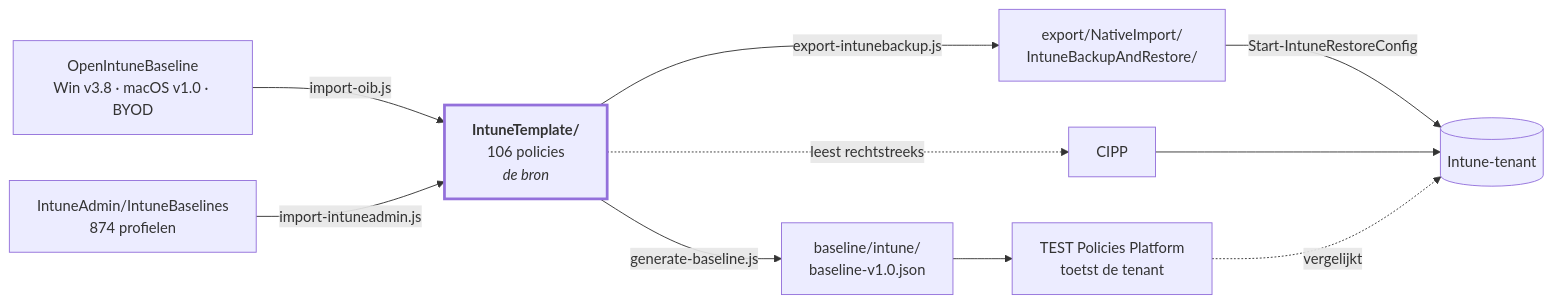
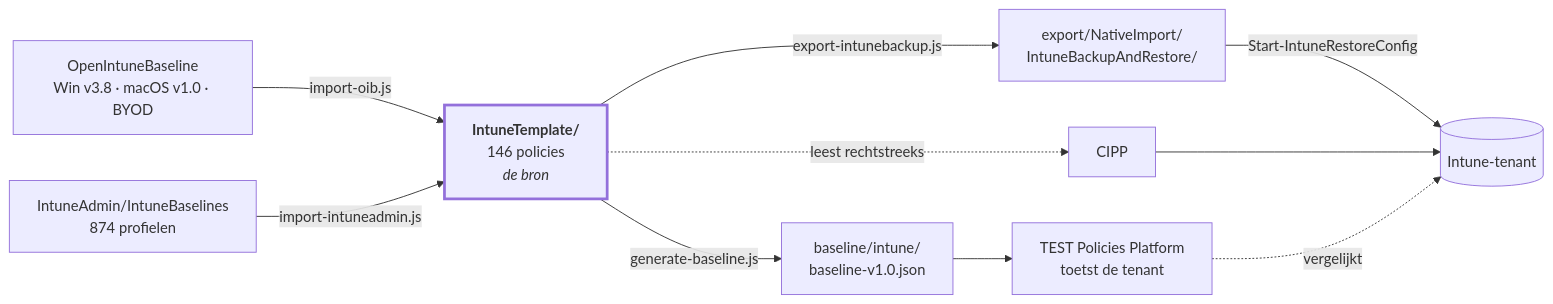
Before and after one commit to sjkanon/IntuneBackup: the diagram in README.md, drawn with Mermaid. The commit also changed other lines of this file and 17 other files, not shown here.

````diff
--- a/README.md
+++ b/README.md
@@ -17,21 +17,21 @@
 ```mermaid
 flowchart LR
   OIB["OpenIntuneBaseline<br/>Win v3.8 · macOS v1.0 · BYOD"]
-  T["<b>IntuneTemplate/</b><br/>106 policies<br/><i>de bron</i>"]
+  T["<b>IntuneTemplate/</b><br/>146 policies<br/><i>de bron</i>"]
   BL["baseline/intune/<br/>baseline-v1.0.json"]
   EX["export/NativeImport/<br/>IntuneBackupAndRestore/"]
   TENANT[("Intune-tenant")]
 
   OIB -->|import-oib.js| T
   T -->|generate-baseline.js| BL
   T -->|export-intunebackup.js| EX
   T -.->|leest rechtstreeks| CIPP[CIPP]
   BL --> PLAT["TEST Policies Platform<br/>toetst de tenant"]
   EX -->|Start-IntuneRestoreConfig| TENANT
   CIPP --> TENANT
   PLAT -.->|vergelijkt| TENANT
 
   IA["IntuneAdmin/IntuneBaselines<br/>874 profielen"] -->|import-intuneadmin.js| T
 
   style T stroke-width:3px
 ```
````
